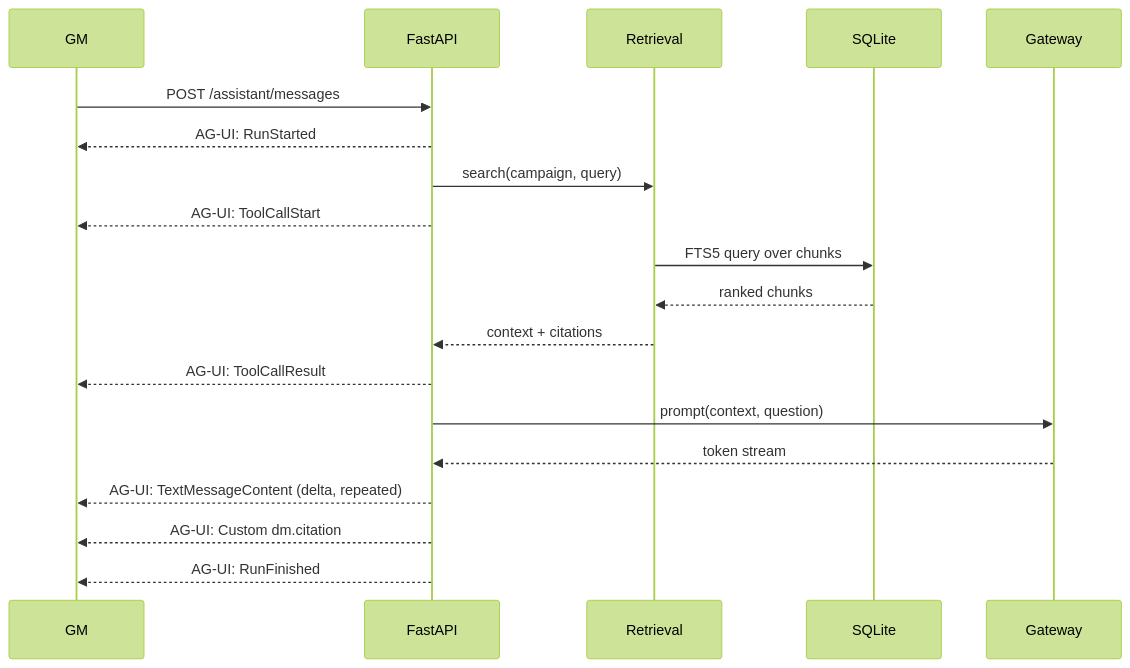
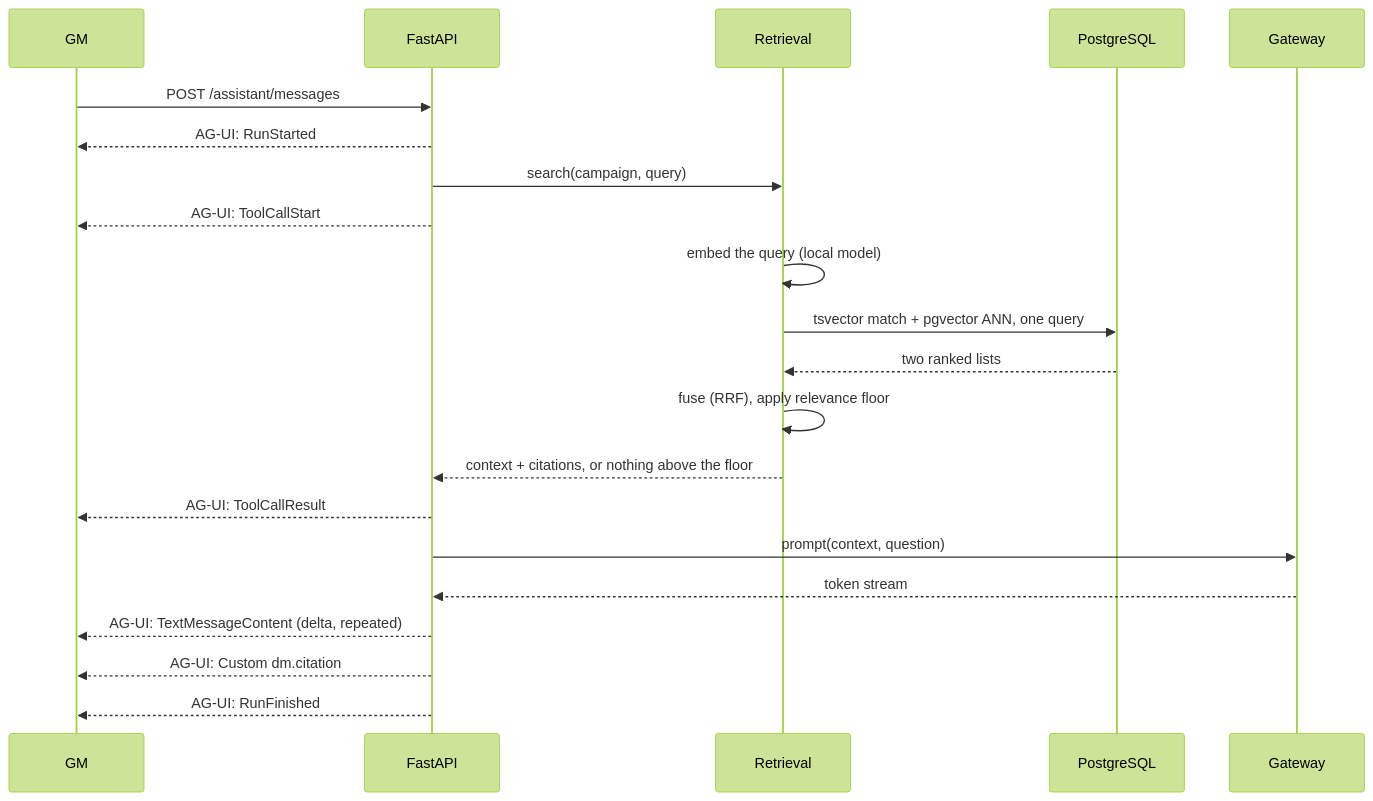
The third of 4 diagrams in docs/architecture.md (PiotrMieszczak/dm_assistant), drawn with Mermaid (forest theme) before and after one commit. The commit also changed other lines of this file and 14 other files, not shown here.

First line of the commit message:
feat(storage): move to PostgreSQL and hybrid retrieval

````diff
--- a/docs/architecture.md
+++ b/docs/architecture.md
@@ -137,22 +144,24 @@
 ```mermaid
 sequenceDiagram
     participant U as GM
     participant API as FastAPI
     participant R as Retrieval
-    participant DB as SQLite
+    participant DB as PostgreSQL
     participant GW as Gateway
 
     U->>API: POST /assistant/messages
     API-->>U: AG-UI: RunStarted
     API->>R: search(campaign, query)
     API-->>U: AG-UI: ToolCallStart
-    R->>DB: FTS5 query over chunks
-    DB-->>R: ranked chunks
-    R-->>API: context + citations
+    R->>R: embed the query (local model)
+    R->>DB: tsvector match + pgvector ANN, one query
+    DB-->>R: two ranked lists
+    R->>R: fuse (RRF), apply relevance floor
+    R-->>API: context + citations, or nothing above the floor
     API-->>U: AG-UI: ToolCallResult
     API->>GW: prompt(context, question)
     GW-->>API: token stream
     API-->>U: AG-UI: TextMessageContent (delta, repeated)
     API-->>U: AG-UI: Custom dm.citation
     API-->>U: AG-UI: RunFinished
 ```
````
